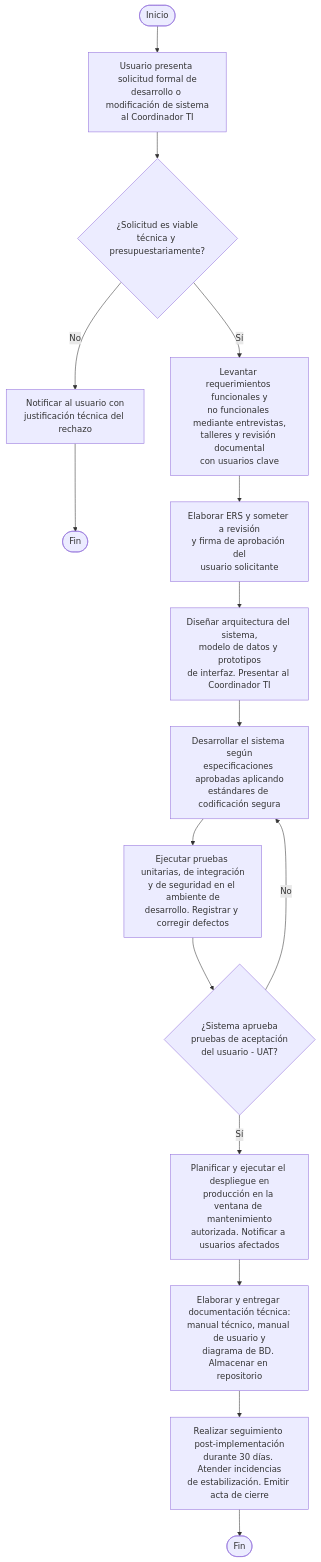
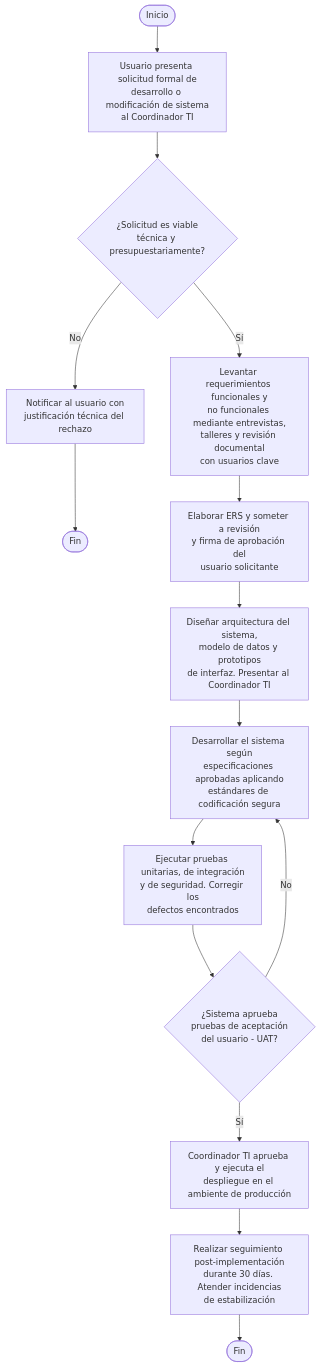
The diagram in desarrollo_de_sistemas.md (InformaticaMPZ/EsquemaDeProcedimientosMPZ), drawn with Mermaid before and after one commit. The commit also changed 13 other files, not shown here.

Commit message:
fix: diagrams

````diff
--- a/desarrollo_de_sistemas.md
+++ b/desarrollo_de_sistemas.md
@@ -1,31 +1,29 @@
 ```mermaid
 flowchart TD
     A([Inicio]) --> B[Usuario presenta solicitud formal de<br/>desarrollo o modificación de sistema<br/>al Coordinador TI]
 
     B --> C{¿Solicitud es viable<br/>técnica y presupuestariamente?}
 
     C -- No --> D[Notificar al usuario con<br/>justificación técnica del rechazo]
     D --> FIN1([Fin])
 
     C -- Sí --> E[Levantar requerimientos funcionales y<br/>no funcionales mediante entrevistas,<br/>talleres y revisión documental<br/>con usuarios clave]
 
     E --> F[Elaborar ERS y someter a revisión<br/>y firma de aprobación del<br/>usuario solicitante]
 
     F --> G[Diseñar arquitectura del sistema,<br/>modelo de datos y prototipos<br/>de interfaz. Presentar al Coordinador TI]
 
     G --> H[Desarrollar el sistema según<br/>especificaciones aprobadas aplicando<br/>estándares de codificación segura]
 
-    H --> I[Ejecutar pruebas unitarias, de integración<br/>y de seguridad en el ambiente de<br/>desarrollo. Registrar y corregir defectos]
+    H --> I[Ejecutar pruebas unitarias, de integración<br/>y de seguridad. Corregir los<br/>defectos encontrados]
 
     I --> J{¿Sistema aprueba<br/>pruebas de aceptación<br/>del usuario - UAT?}
 
     J -- No --> H
 
-    J -- Sí --> K[Planificar y ejecutar el despliegue en<br/>producción en la ventana de mantenimiento<br/>autorizada. Notificar a usuarios afectados]
+    J -- Sí --> K[Coordinador TI aprueba y ejecuta el<br/>despliegue en el ambiente de producción]
 
-    K --> L[Elaborar y entregar documentación técnica:<br/>manual técnico, manual de usuario y<br/>diagrama de BD. Almacenar en repositorio]
+    K --> L[Realizar seguimiento post-implementación<br/>durante 30 días. Atender incidencias<br/>de estabilización]
 
-    L --> M[Realizar seguimiento post-implementación<br/>durante 30 días. Atender incidencias<br/>de estabilización. Emitir acta de cierre]
-
-    M --> FIN2([Fin])
+    L --> FIN2([Fin])
 ```
````
